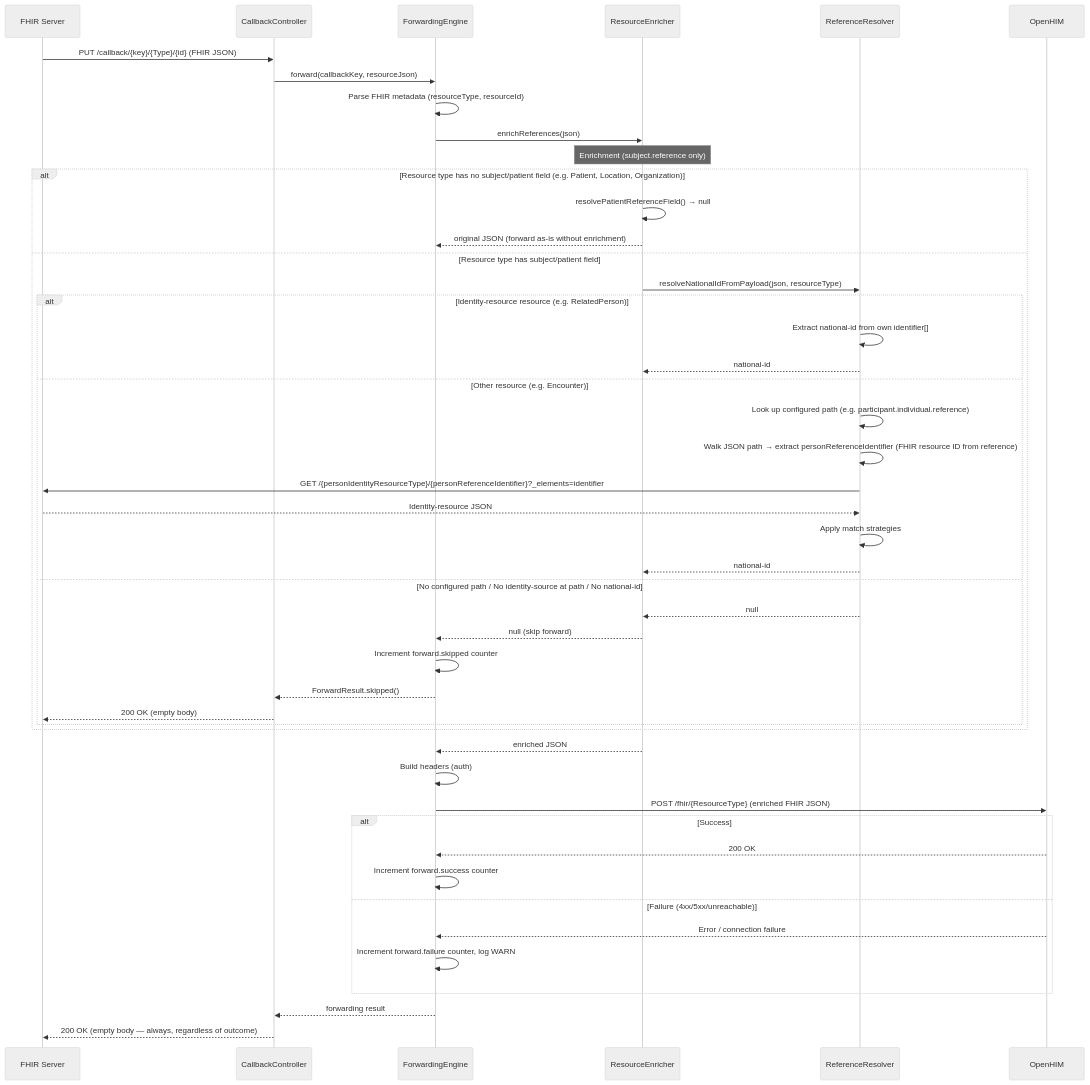
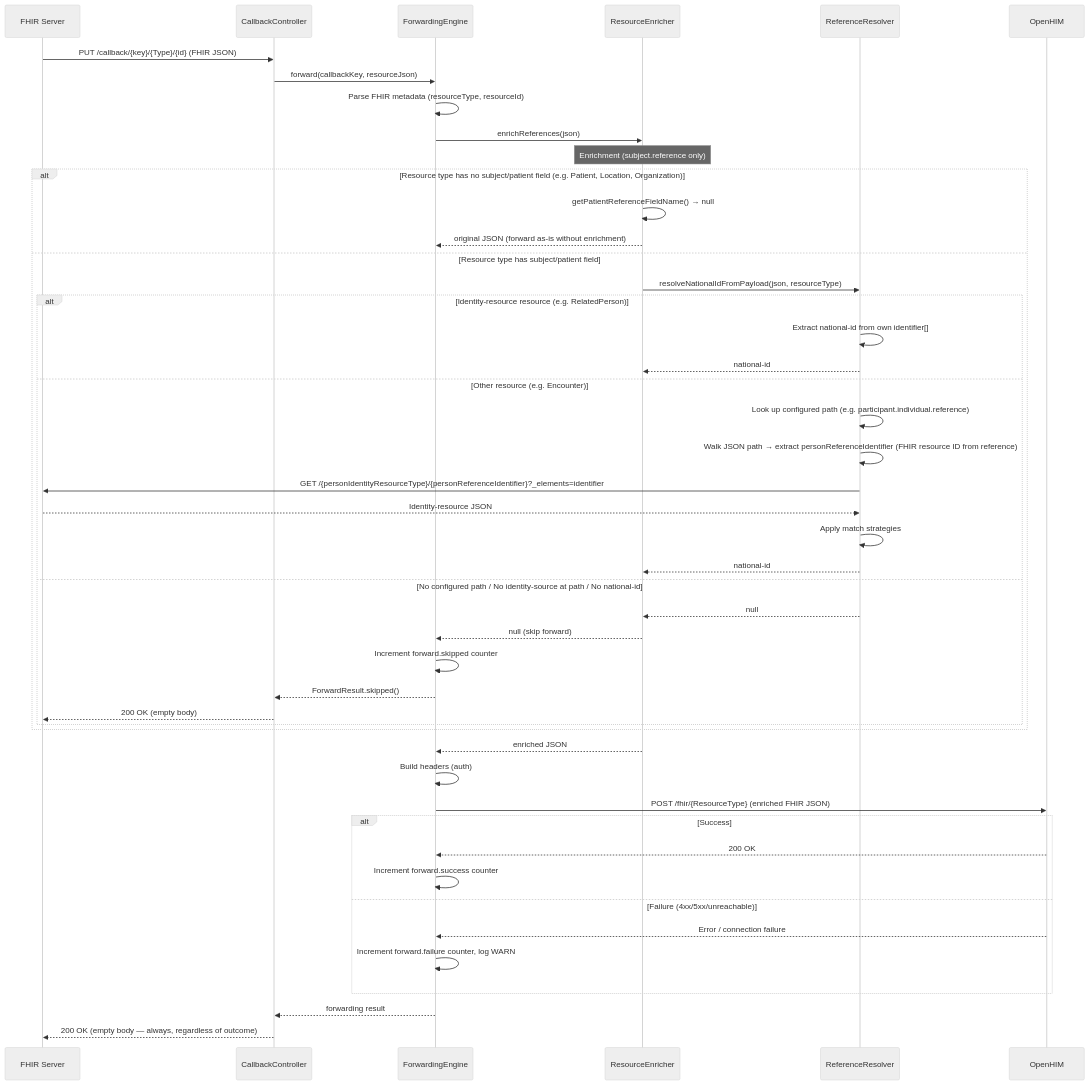
Before and after one commit to ishashankakkasali/fhir-cce-emitter-adaptor: the second of 2 diagrams in docs/architecture.md, drawn with Mermaid (neutral theme). The commit also changed 1 other file, not shown here.

Commit message:
update: Rename methods for clarity in ResourceEnricher class

````diff
--- a/docs/architecture.md
+++ b/docs/architecture.md
@@ -292,52 +292,52 @@
 ```mermaid
 sequenceDiagram
     participant FS as FHIR Server
     participant CB as CallbackController
     participant FE as ForwardingEngine
     participant RE as ResourceEnricher
     participant RR as ReferenceResolver
     participant T as OpenHIM
 
     FS->>CB: PUT /callback/{key}/{Type}/{id} (FHIR JSON)
     CB->>FE: forward(callbackKey, resourceJson)
     FE->>FE: Parse FHIR metadata (resourceType, resourceId)
     FE->>RE: enrichReferences(json)
 
     Note over RE: Enrichment (subject.reference only)
     alt Resource type has no subject/patient field (e.g. Patient, Location, Organization)
-        RE->>RE: resolvePatientReferenceField() → null
+        RE->>RE: getPatientReferenceFieldName() → null
         RE-->>FE: original JSON (forward as-is without enrichment)
     else Resource type has subject/patient field
         RE->>RR: resolveNationalIdFromPayload(json, resourceType)
         alt Identity-resource resource (e.g. RelatedPerson)
             RR->>RR: Extract national-id from own identifier[]
             RR-->>RE: national-id
         else Other resource (e.g. Encounter)
             RR->>RR: Look up configured path (e.g. participant.individual.reference)
             RR->>RR: Walk JSON path → extract personReferenceIdentifier (FHIR resource ID from reference)
             RR->>FS: GET /{personIdentityResourceType}/{personReferenceIdentifier}?_elements=identifier
             FS-->>RR: Identity-resource JSON
             RR->>RR: Apply match strategies
             RR-->>RE: national-id
         else No configured path / No identity-source at path / No national-id
             RR-->>RE: null
             RE-->>FE: null (skip forward)
             FE->>FE: Increment forward.skipped counter
             FE-->>CB: ForwardResult.skipped()
             CB-->>FS: 200 OK (empty body)
         end
     end
 
     RE-->>FE: enriched JSON
     FE->>FE: Build headers (auth)
     FE->>T: POST /fhir/{ResourceType} (enriched FHIR JSON)
     alt Success
         T-->>FE: 200 OK
         FE->>FE: Increment forward.success counter
     else Failure (4xx/5xx/unreachable)
         T-->>FE: Error / connection failure
         FE->>FE: Increment forward.failure counter, log WARN
     end
     FE-->>CB: forwarding result
     CB-->>FS: 200 OK (empty body — always, regardless of outcome)
 ```
````
